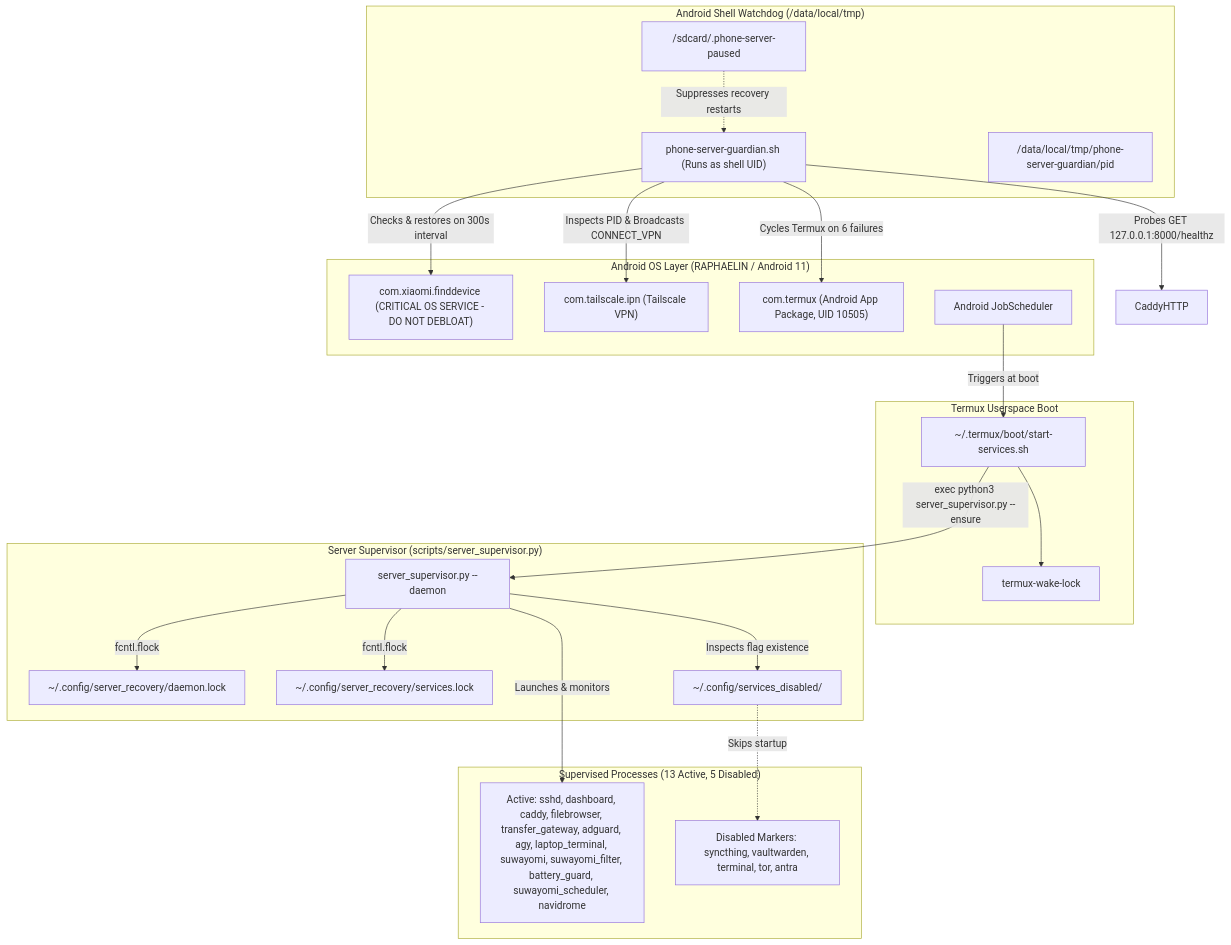
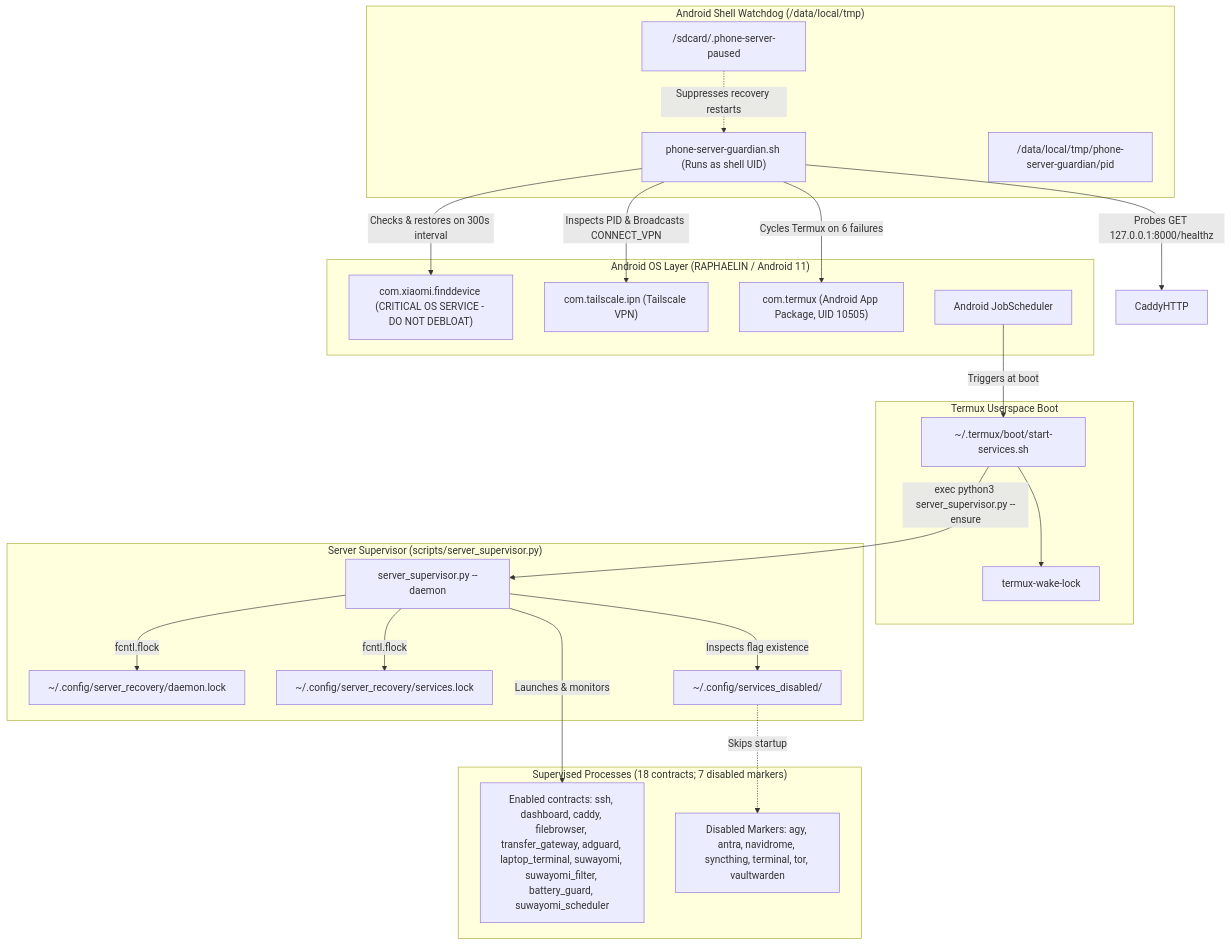
The second of 3 diagrams in docs/architecture/SYSTEM_MAP.md (Y-astro/mobile-server), drawn with Mermaid before and after one commit. The commit also changed other lines of this file and 2 other files, not shown here.

````diff
--- a/docs/architecture/SYSTEM_MAP.md
+++ b/docs/architecture/SYSTEM_MAP.md
@@ -78,48 +78,48 @@
 ```mermaid
 flowchart TD
     subgraph AndroidOS["Android OS Layer (RAPHAELIN / Android 11)"]
         XiaomiFind["com.xiaomi.finddevice (CRITICAL OS SERVICE - DO NOT DEBLOAT)"]
         TailscaleApp["com.tailscale.ipn (Tailscale VPN)"]
         TermuxApp["com.termux (Android App Package, UID 10505)"]
         JobScheduler["Android JobScheduler"]
     end
 
     subgraph ShellWatchdog["Android Shell Watchdog (/data/local/tmp)"]
         GuardianScript["phone-server-guardian.sh (Runs as shell UID)"]
         GuardianState["/data/local/tmp/phone-server-guardian/pid"]
         PauseMarker["/sdcard/.phone-server-paused"]
     end
 
     subgraph TermuxBoot["Termux Userspace Boot"]
         BootScript["~/.termux/boot/start-services.sh"]
         WakeLock["termux-wake-lock"]
     end
 
     subgraph Supervisor["Server Supervisor (scripts/server_supervisor.py)"]
         SupervisorDaemon["server_supervisor.py --daemon"]
         DaemonLock["~/.config/server_recovery/daemon.lock"]
         ServicesLock["~/.config/server_recovery/services.lock"]
         DisabledDir["~/.config/services_disabled/"]
     end
 
-    subgraph ManagedProcesses["Supervised Processes (13 Active, 5 Disabled)"]
-        ActiveProc["Active: sshd, dashboard, caddy, filebrowser, transfer_gateway, adguard, agy, laptop_terminal, suwayomi, suwayomi_filter, battery_guard, suwayomi_scheduler, navidrome"]
-        DisabledProc["Disabled Markers: syncthing, vaultwarden, terminal, tor, antra"]
+    subgraph ManagedProcesses["Supervised Processes (18 contracts; 7 disabled markers)"]
+        ActiveProc["Enabled contracts: ssh, dashboard, caddy, filebrowser, transfer_gateway, adguard, laptop_terminal, suwayomi, suwayomi_filter, battery_guard, suwayomi_scheduler"]
+        DisabledProc["Disabled Markers: agy, antra, navidrome, syncthing, terminal, tor, vaultwarden"]
     end
 
     JobScheduler -->|Triggers at boot| BootScript
     BootScript --> WakeLock
     BootScript -->|exec python3 server_supervisor.py --ensure| SupervisorDaemon
 
     GuardianScript -->|Inspects PID & Broadcasts CONNECT_VPN| TailscaleApp
     GuardianScript -->|Probes GET 127.0.0.1:8000/healthz| CaddyHTTP
     GuardianScript -->|Cycles Termux on 6 failures| TermuxApp
     GuardianScript -->|Checks & restores on 300s interval| XiaomiFind
     PauseMarker -.->|Suppresses recovery restarts| GuardianScript
 
     SupervisorDaemon -->|fcntl.flock| DaemonLock
     SupervisorDaemon -->|fcntl.flock| ServicesLock
     SupervisorDaemon -->|Inspects flag existence| DisabledDir
     SupervisorDaemon -->|Launches & monitors| ActiveProc
     DisabledDir -.->|Skips startup| DisabledProc
 ```
````
